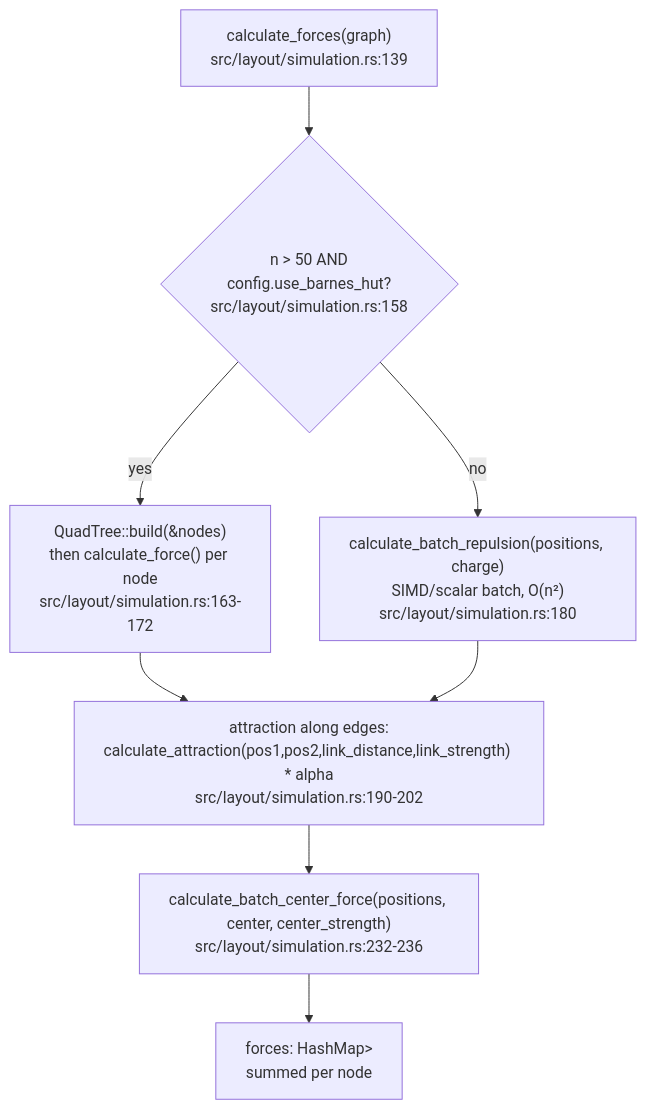
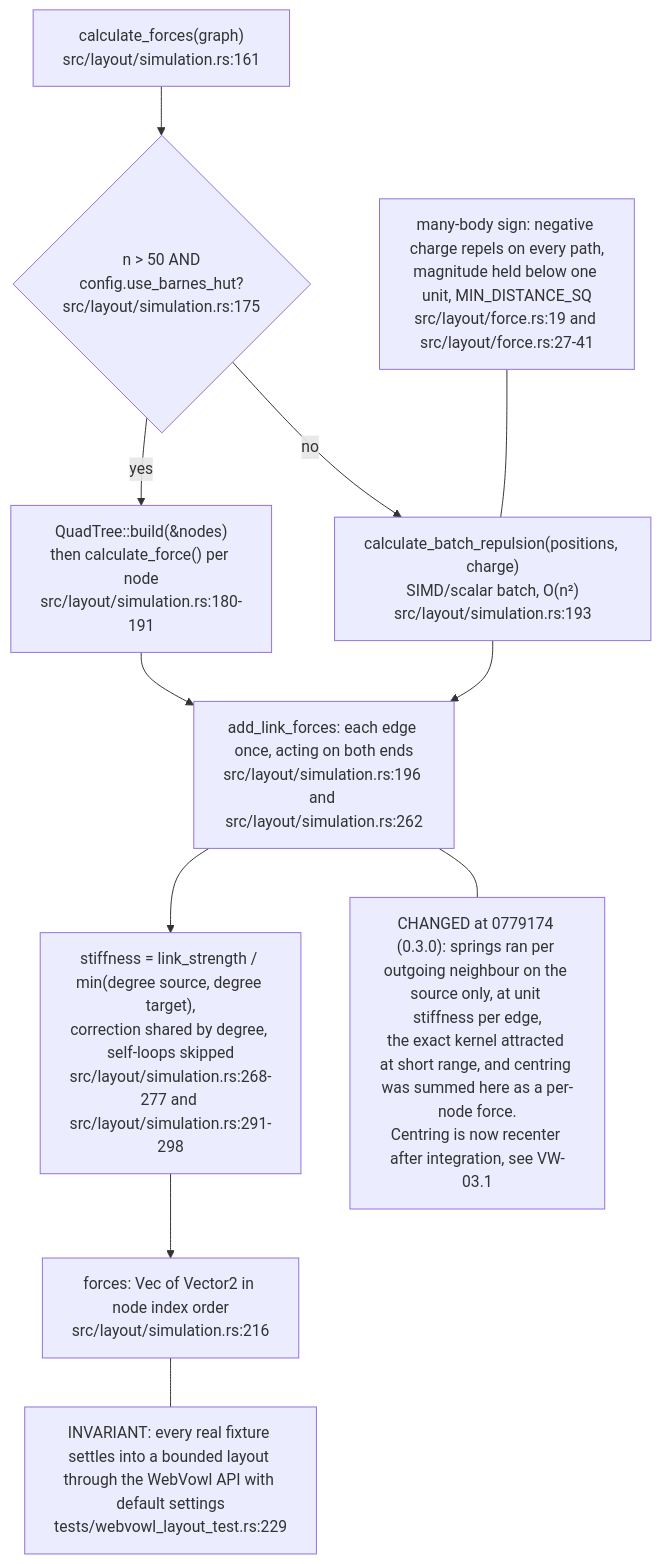
The second of 10 diagrams in docs/diagrams/vowl-wasm/03-force-layout-lifecycle.md (DreamLab-AI/VisionFlow), drawn with Mermaid before and after one commit. The commit also changed other lines of this file and 5 other files, not shown here.

First line of the commit message:
docs(diagrams): vowl-wasm re-verified at v0.4.0 (0779174)

````diff
--- a/docs/diagrams/vowl-wasm/03-force-layout-lifecycle.md
+++ b/docs/diagrams/vowl-wasm/03-force-layout-lifecycle.md
@@ -48,10 +56,15 @@
 ```mermaid
 flowchart TB
-    START["calculate_forces(graph)<br/>src/layout/simulation.rs:139"] --> BR{"n > 50 AND<br/>config.use_barnes_hut?<br/>src/layout/simulation.rs:158"}
-    BR -->|yes| QT["QuadTree::build(&nodes)<br/>then calculate_force() per node<br/>src/layout/simulation.rs:163-172"]
-    BR -->|no| BATCH["calculate_batch_repulsion(positions, charge)<br/>SIMD/scalar batch, O(n²)<br/>src/layout/simulation.rs:180"]
-    QT --> ATTR["attraction along edges:<br/>calculate_attraction(pos1,pos2,link_distance,link_strength) * alpha<br/>src/layout/simulation.rs:190-202"]
-    BATCH --> ATTR
-    ATTR --> CENTER["calculate_batch_center_force(positions, center, center_strength)<br/>src/layout/simulation.rs:232-236"]
-    CENTER --> SUM["forces: HashMap<node_id, Vector2<f64>><br/>summed per node"]
+    START["calculate_forces(graph)<br/>src/layout/simulation.rs:161"] --> BR{"n > 50 AND<br/>config.use_barnes_hut?<br/>src/layout/simulation.rs:175"}
+    BR -->|yes| QT["QuadTree::build(&nodes)<br/>then calculate_force() per node<br/>src/layout/simulation.rs:180-191"]
+    BR -->|no| BATCH["calculate_batch_repulsion(positions, charge)<br/>SIMD/scalar batch, O(n²)<br/>src/layout/simulation.rs:193"]
+    QT --> LINK["add_link_forces: each edge once, acting on both ends<br/>src/layout/simulation.rs:196 and src/layout/simulation.rs:262"]
+    BATCH --> LINK
+    LINK --> STIFF["stiffness = link_strength / min(degree source, degree target),<br/>correction shared by degree, self-loops skipped<br/>src/layout/simulation.rs:268-277 and src/layout/simulation.rs:291-298"]
+    STIFF --> SUM["forces: Vec of Vector2 in node index order<br/>src/layout/simulation.rs:216"]
+    SIGN["many-body sign: negative charge repels on every path,<br/>magnitude held below one unit, MIN_DISTANCE_SQ<br/>src/layout/force.rs:19 and src/layout/force.rs:27-41"] --- BATCH
+    N1["CHANGED at 0779174 (0.3.0): springs ran per outgoing neighbour on the source only, at unit stiffness per edge,<br/>the exact kernel attracted at short range, and centring was summed here as a per-node force.<br/>Centring is now recenter after integration, see VW-03.1"]
+    LINK --- N1
+    T1["INVARIANT: every real fixture settles into a bounded layout through the WebVowl API with default settings<br/>tests/webvowl_layout_test.rs:229"]
+    SUM --- T1
 ```
````
